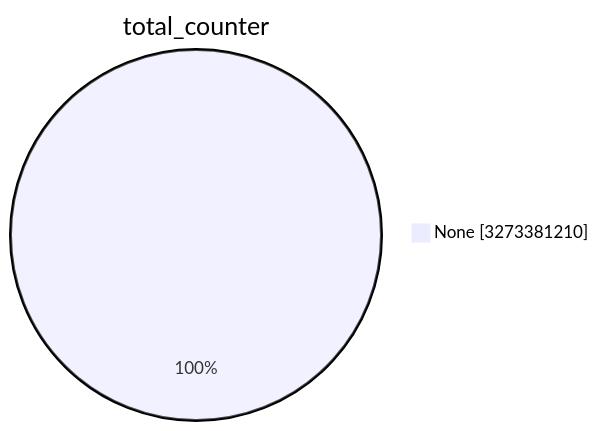
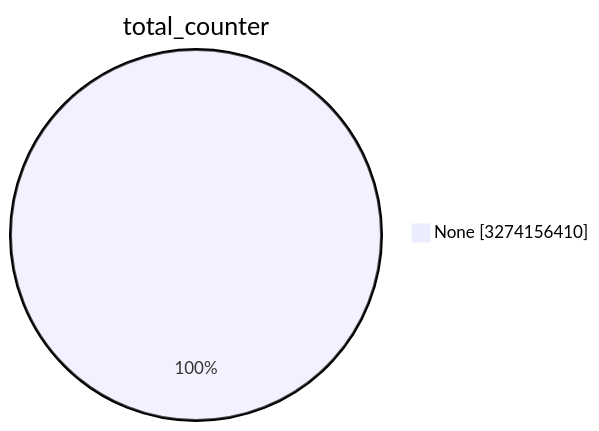
Before and after one commit to christiankrug/ctmonitor_visualization: the first of 15 diagrams in TOTAL/README.md, drawn with Mermaid. The commit also changed other lines of this file, not shown here.

````diff
--- a/TOTAL/README.md
+++ b/TOTAL/README.md
@@ -1,5 +1,5 @@
 ```mermaid
 pie showData
 title total_counter
-"None" :3273381210
+"None" :3274156410
 ```
````
